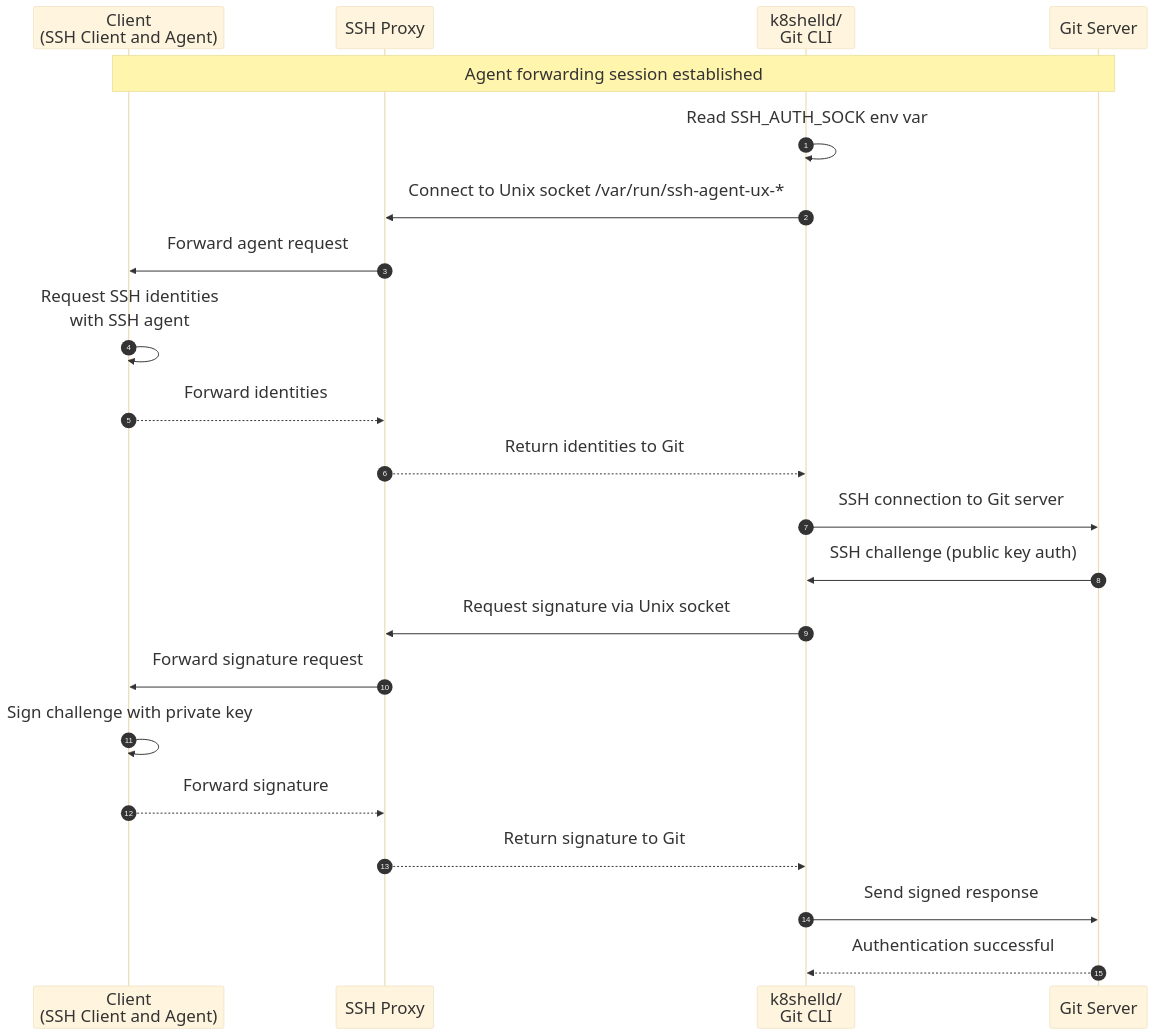
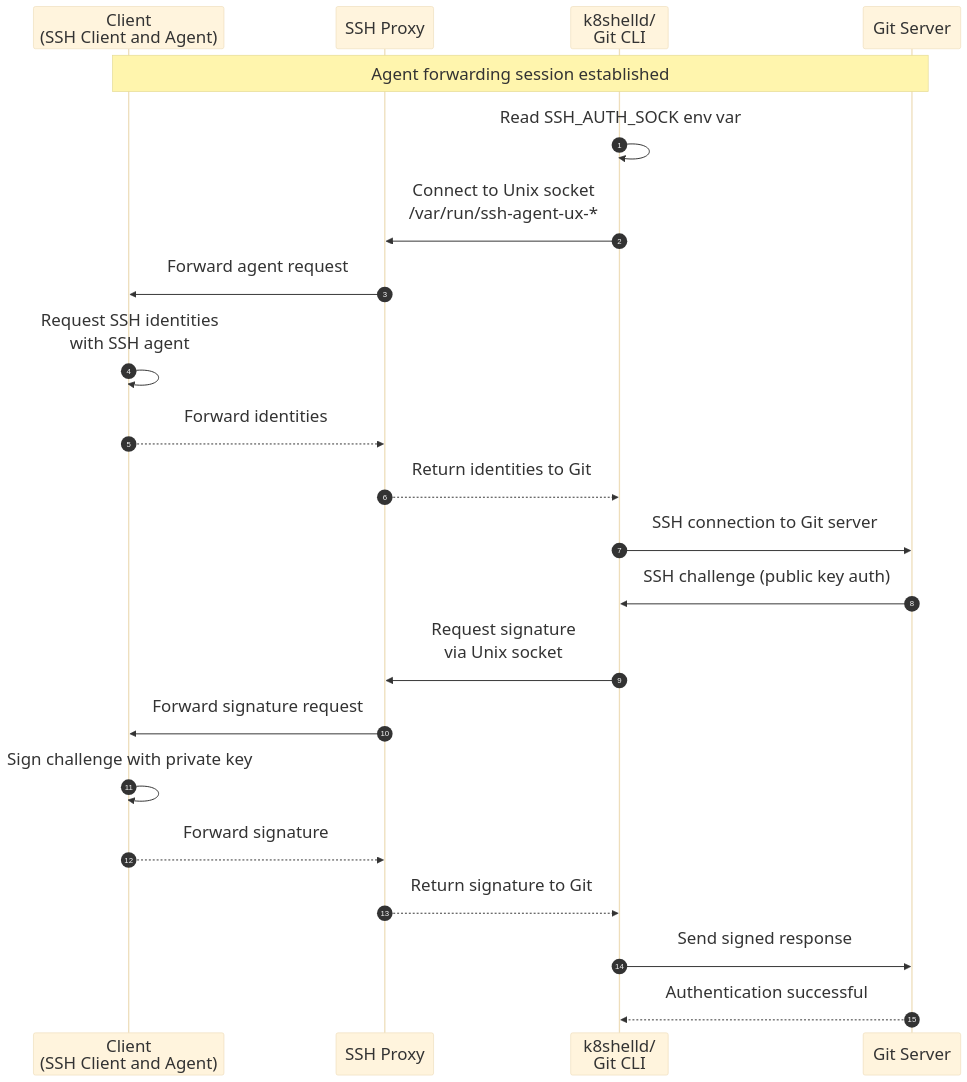
One commit to k8shell-io/docs changed the fifth of 5 diagrams in docs/concepts/ssh-proxy/communication-flows.md. Above: the diagram before and after it, drawn with Mermaid. The commit also changed other lines of this file and 5 other files, not shown here.

````diff
--- a/docs/concepts/ssh-proxy/communication-flows.md
+++ b/docs/concepts/ssh-proxy/communication-flows.md
@@ -161,28 +203,28 @@
 ```mermaid
 %%{init:{ "theme": "base", "fontSize": 26 }}%%
 sequenceDiagram
     autonumber
     participant C as Client<br/>(SSH Client and Agent)
     participant P as SSH Proxy
     participant K as k8shelld/<br/>Git CLI
     participant R as Git Server
 
     note over C,R: Agent forwarding session established
 
     K->>K: Read SSH_AUTH_SOCK env var
-    K->>P: Connect to Unix socket /var/run/ssh-agent-ux-*
+    K->>P: Connect to Unix socket<br/>/var/run/ssh-agent-ux-*
     P->>C: Forward agent request
     C->>C: Request SSH identities<br/>with SSH agent
     C-->>P: Forward identities
     P-->>K: Return identities to Git
 
     K->>R: SSH connection to Git server
     R->>K: SSH challenge (public key auth)
-    K->>P: Request signature via Unix socket
+    K->>P: Request signature<br/>via Unix socket
     P->>C: Forward signature request
     C->>C: Sign challenge with private key
     C-->>P: Forward signature
     P-->>K: Return signature to Git
     K->>R: Send signed response
     R-->>K: Authentication successful
 ```
````
